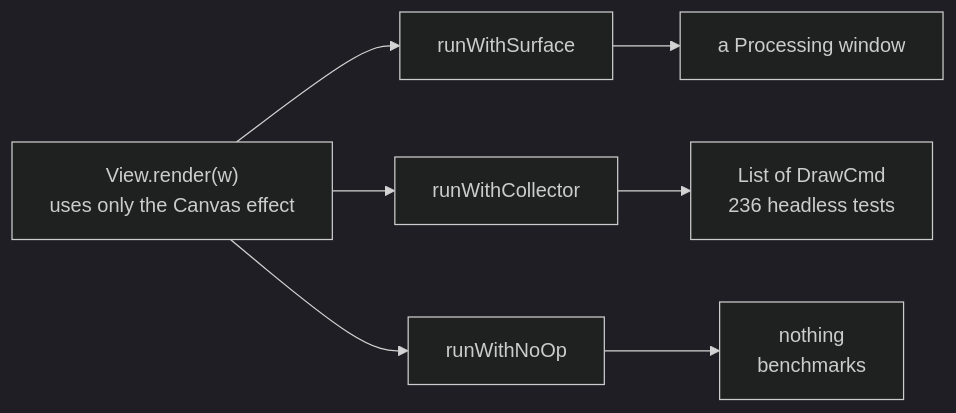
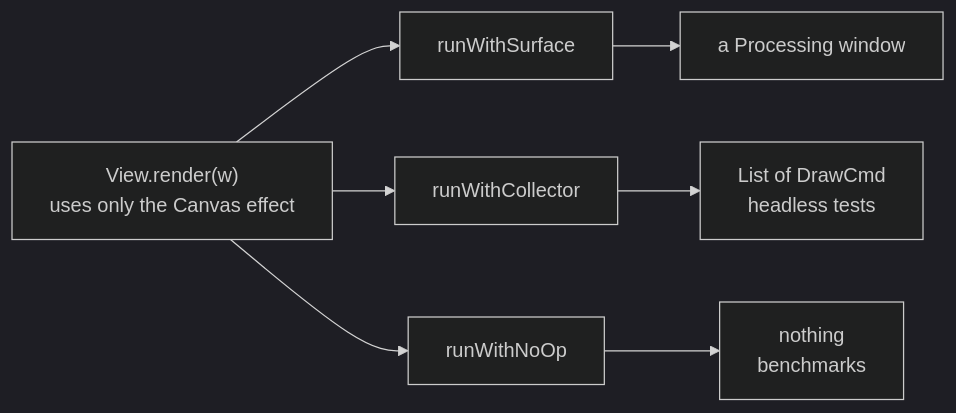
One commit to wstein/flix-invaders changed the sixth of 6 diagrams in README.md. Above: the diagram before and after it, drawn with Mermaid (dark theme). The commit also changed other lines of this file and 14 other files, not shown here.

````diff
--- a/README.md
+++ b/README.md
@@ -179,10 +180,10 @@
 ```mermaid
 flowchart LR
     R["View.render(w)<br/>uses only the Canvas effect"]
     R --> H1["runWithSurface"]
     R --> H2["runWithCollector"]
     R --> H3["runWithNoOp"]
     H1 --> O1["a Processing window"]
-    H2 --> O2["List of DrawCmd<br/>236 headless tests"]
+    H2 --> O2["List of DrawCmd<br/>headless tests"]
     H3 --> O3["nothing<br/>benchmarks"]
 ```
````
